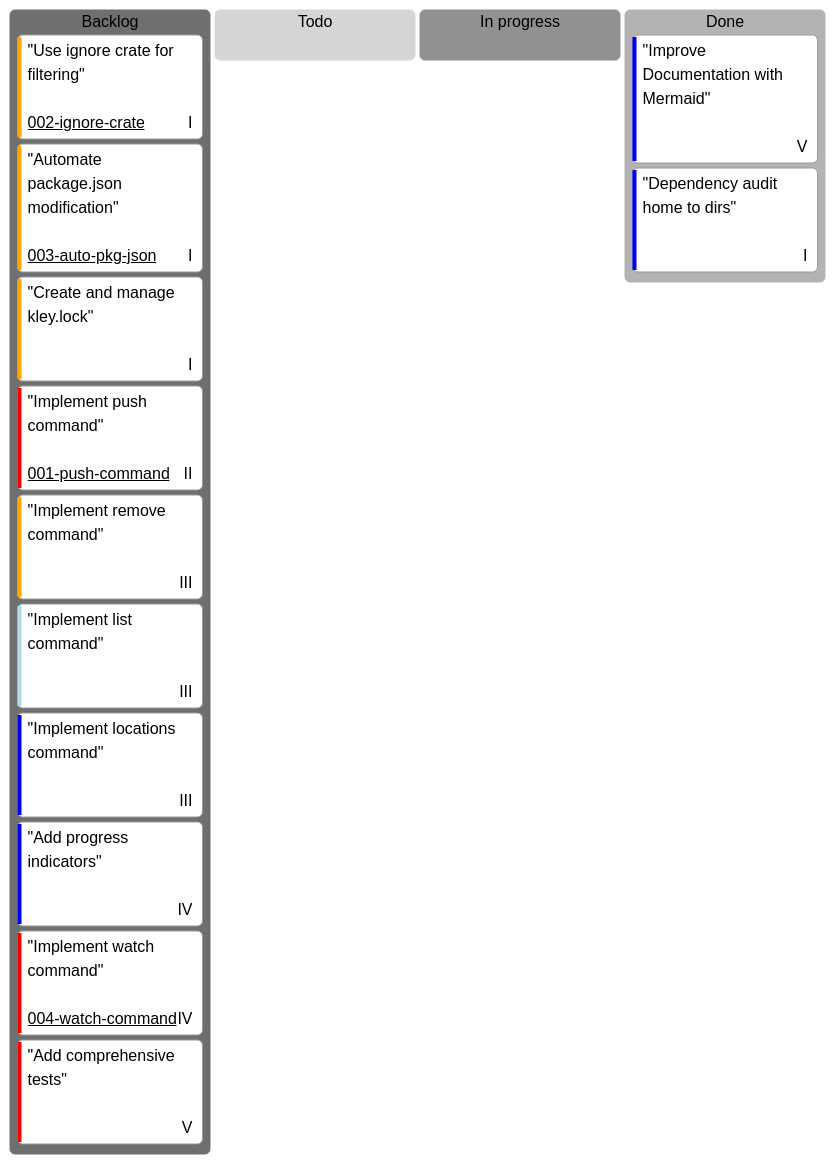
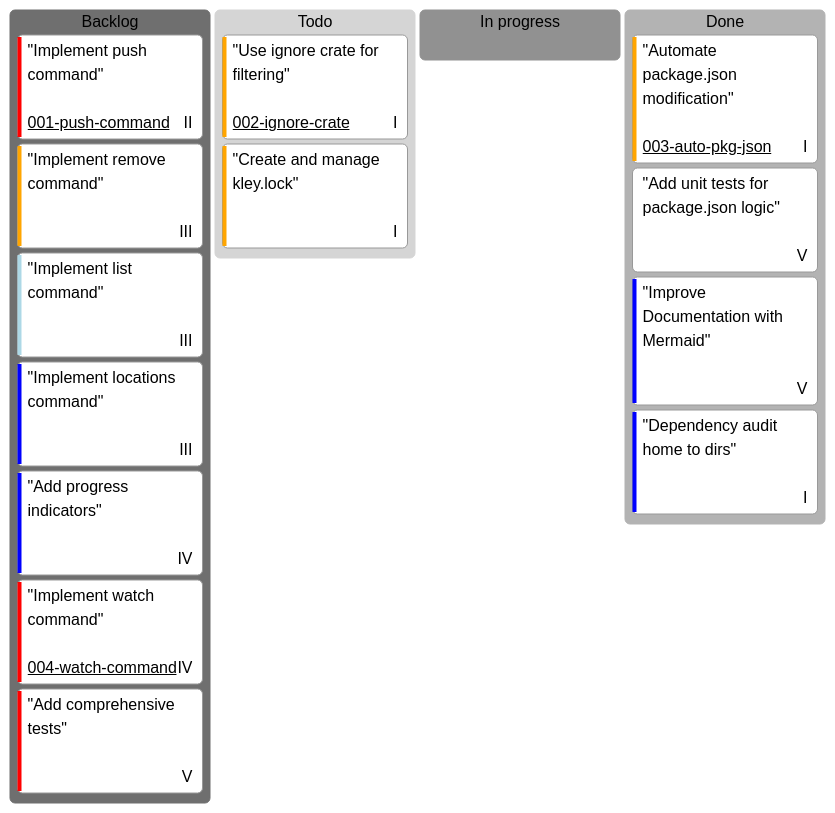
Before and after one commit to sumbad/kley: the diagram in docs/KANBAN.md, drawn with Mermaid (neutral theme).

Commit message:
docs: update board

````diff
--- a/docs/KANBAN.md
+++ b/docs/KANBAN.md
@@ -21,33 +21,34 @@
 ```mermaid
 ---
 config:
   kanban:
     ticketBaseUrl: 'https://github.com/sumbad/kley/tree/master/docs/tickets/#TICKET#.md'
     
     ### Legend
     # assigned - used for epics, has an epic name (epics/#EPIC#.md)
     # priority - used for complexity
     # ticket - used for a ticket file name (tickets/#TICKET#.md)
 ---
 
 kanban
     Backlog
-        "Use ignore crate for filtering"<br/><br/>@{ assigned: I, priority: 'High', ticket: '002-ignore-crate' }
-        "Automate package.json modification"<br/><br/>@{ assigned: I, priority: 'High', ticket: '003-auto-pkg-json' }
-        "Create and manage kley.lock"<br/><br/>@{ assigned: I, priority: 'High' }
         "Implement push command"<br/><br/>@{ assigned: II, priority: 'Very High', ticket: '001-push-command' }
         "Implement remove command"<br/><br/>@{ assigned: III, priority: 'High' }
         "Implement list command"<br/><br/>@{ assigned: III, priority: 'Very Low' }
         "Implement locations command"<br/><br/>@{ assigned: III, priority: 'Low' }
         "Add progress indicators"<br/><br/>@{ assigned: IV, priority: 'Low' }
         "Implement watch command"<br/><br/>@{ assigned: IV, priority: 'Very High', ticket: '004-watch-command' }
         "Add comprehensive tests"<br/><br/>@{ assigned: V, priority: 'Very High' }
 
     Todo
+        "Use ignore crate for filtering"<br/><br/>@{ assigned: I, priority: 'High', ticket: '002-ignore-crate' }
+        "Create and manage kley.lock"<br/><br/>@{ assigned: I, priority: 'High' }
 
     [In progress]
 
     Done
+        "Automate package.json modification"<br/><br/>@{ assigned: I, priority: 'High', ticket: '003-auto-pkg-json' }
+        "Add unit tests for package.json logic"<br/><br/>@{ assigned: V, priority: 'Medium' }
         "Improve Documentation with Mermaid"<br/><br/>@{ assigned: V, priority: 'Low' }
         "Dependency audit home to dirs"<br/><br/>@{ assigned: I, priority: 'Low' }
 ```
````
